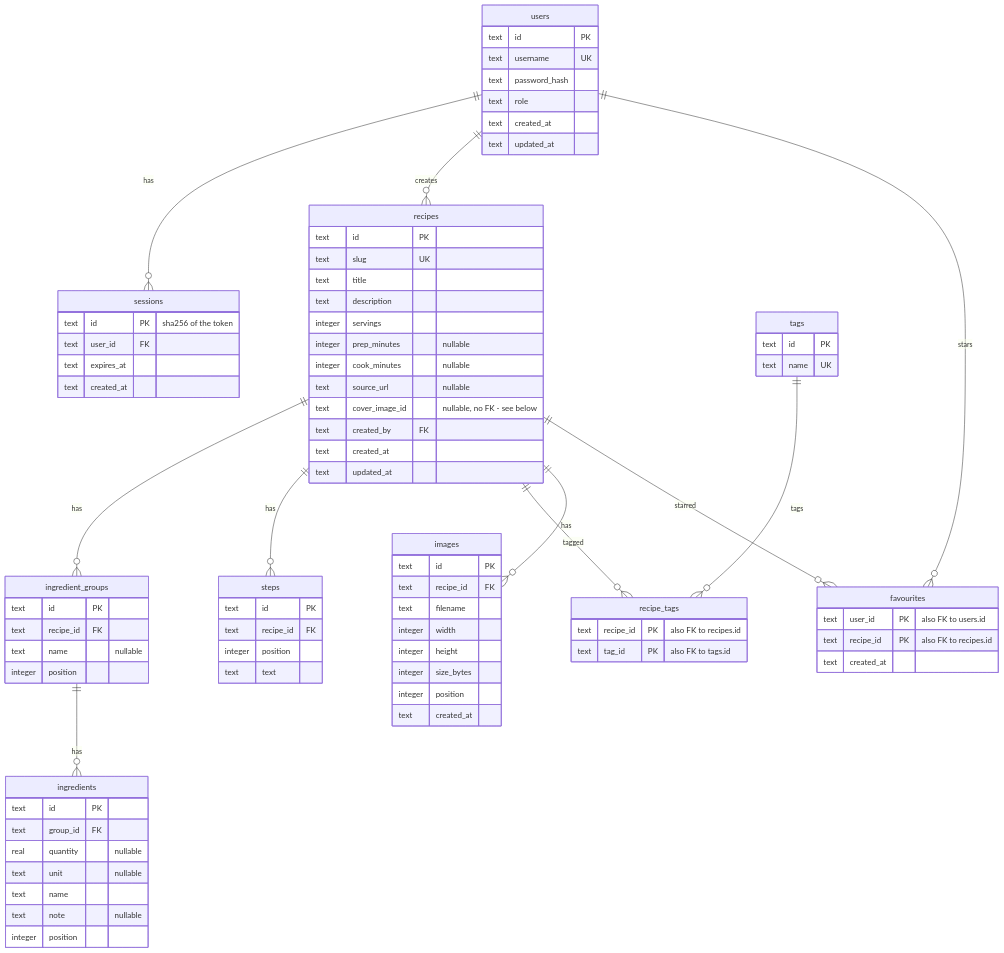
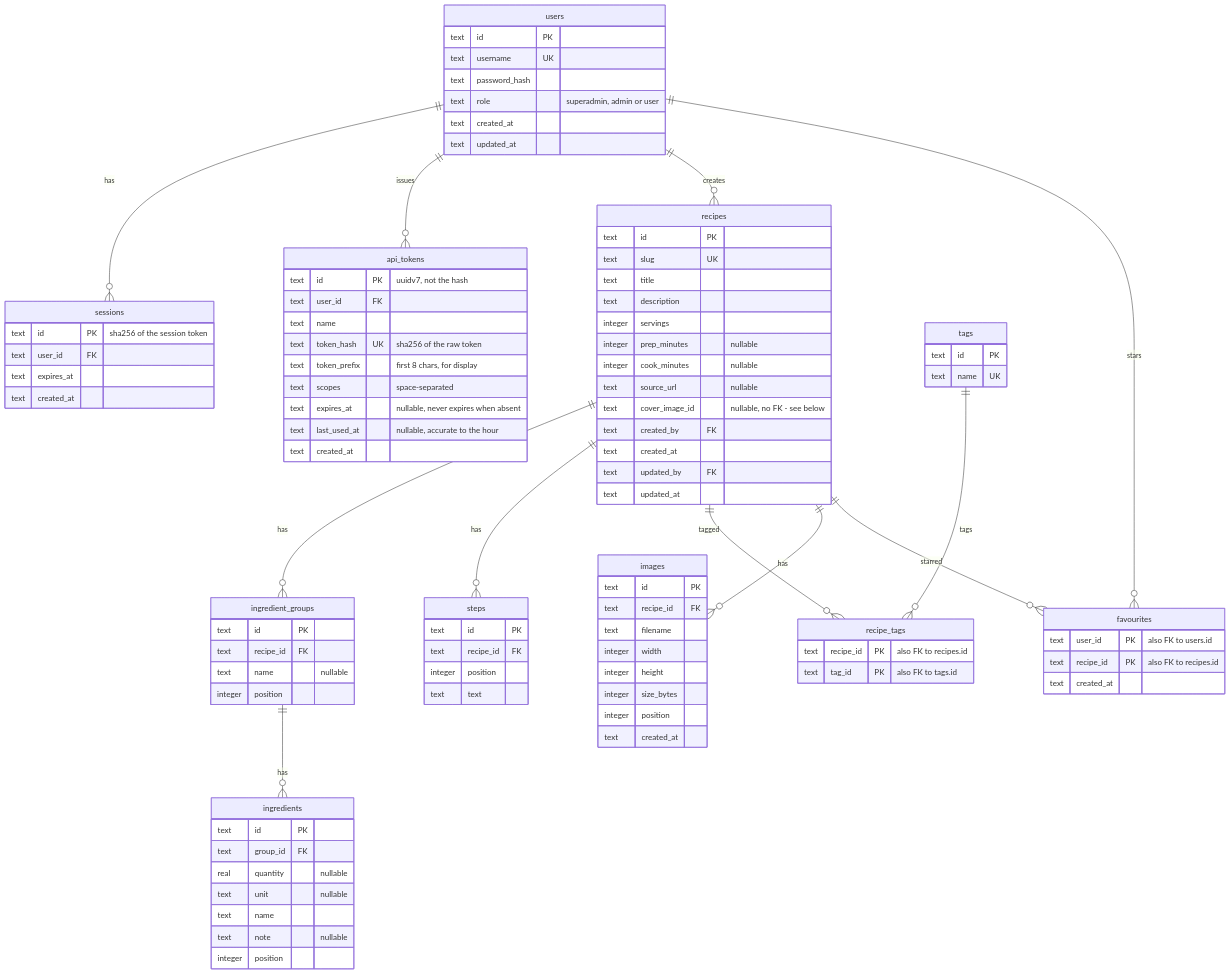
The diagram in docs/memory/content/architecture/data-model.mdx (s-frei/rezepte), drawn with Mermaid before and after one commit. The commit also changed other lines of this file and 156 other files, not shown here.

Commit message:
feat: add the superadmin, scoped API tokens and member management

````diff
--- a/docs/memory/content/architecture/data-model.mdx
+++ b/docs/memory/content/architecture/data-model.mdx
@@ -6,6 +6,7 @@
 ```mermaid
 erDiagram
   users ||--o{ sessions : has
+  users ||--o{ api_tokens : issues
   users ||--o{ recipes : creates
   recipes ||--o{ ingredient_groups : has
   ingredient_groups ||--o{ ingredients : has
@@ -19,14 +20,25 @@
     text id PK
     text username UK
     text password_hash
-    text role
+    text role "superadmin, admin or user"
     text created_at
     text updated_at
   }
   sessions {
-    text id PK "sha256 of the token"
+    text id PK "sha256 of the session token"
     text user_id FK
     text expires_at
+    text created_at
+  }
+  api_tokens {
+    text id PK "uuidv7, not the hash"
+    text user_id FK
+    text name
+    text token_hash UK "sha256 of the raw token"
+    text token_prefix "first 8 chars, for display"
+    text scopes "space-separated"
+    text expires_at "nullable, never expires when absent"
+    text last_used_at "nullable, accurate to the hour"
     text created_at
   }
   recipes {
@@ -41,6 +53,7 @@
     text cover_image_id "nullable, no FK - see below"
     text created_by FK
     text created_at
+    text updated_by FK
     text updated_at
   }
   ingredient_groups {
````
